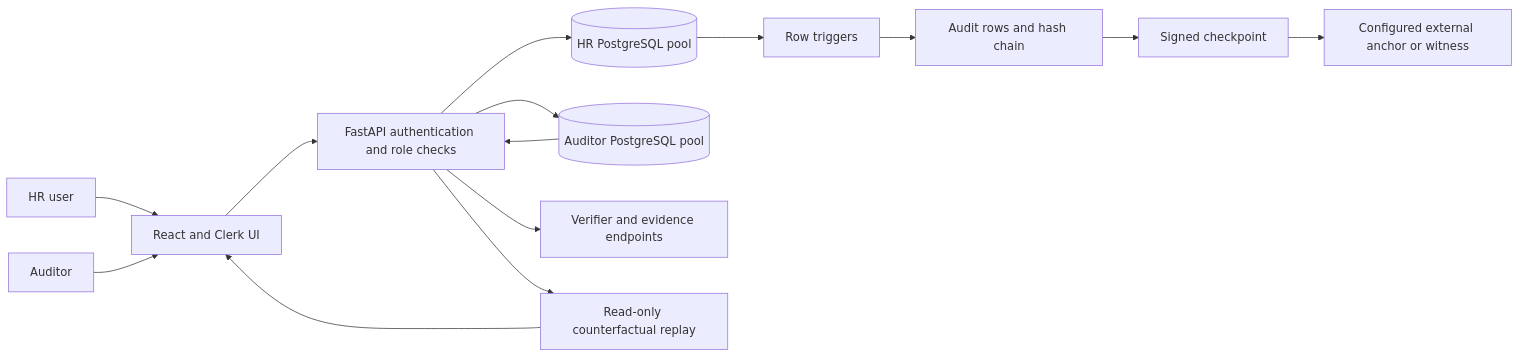
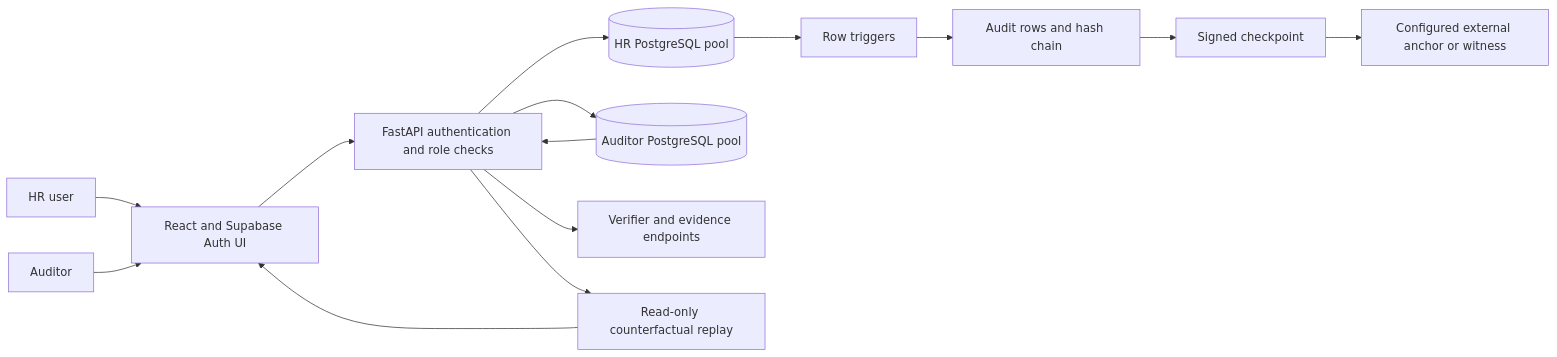
Before and after one commit to Abhi-R459/Argus: the diagram in docs/CONFERENCE_AND_DEMO_GUIDE.md, drawn with Mermaid. The commit also changed other lines of this file and 5 other files, not shown here.

````diff
--- a/docs/CONFERENCE_AND_DEMO_GUIDE.md
+++ b/docs/CONFERENCE_AND_DEMO_GUIDE.md
@@ -30,16 +30,16 @@
 ```mermaid
 flowchart LR
-  HR[HR user] --> UI[React and Clerk UI]
+  HR[HR user] --> UI[React and Supabase Auth UI]
   AU[Auditor] --> UI
   UI --> API[FastAPI authentication and role checks]
   API --> HRDB[(HR PostgreSQL pool)]
   API --> AUDDB[(Auditor PostgreSQL pool)]
   HRDB --> TR[Row triggers]
   TR --> LOG[Audit rows and hash chain]
   LOG --> CP[Signed checkpoint]
   CP --> EXT[Configured external anchor or witness]
   AUDDB --> API
   API --> V[Verifier and evidence endpoints]
   API --> REPLAY[Read-only counterfactual replay]
   REPLAY --> UI
 ```
````
